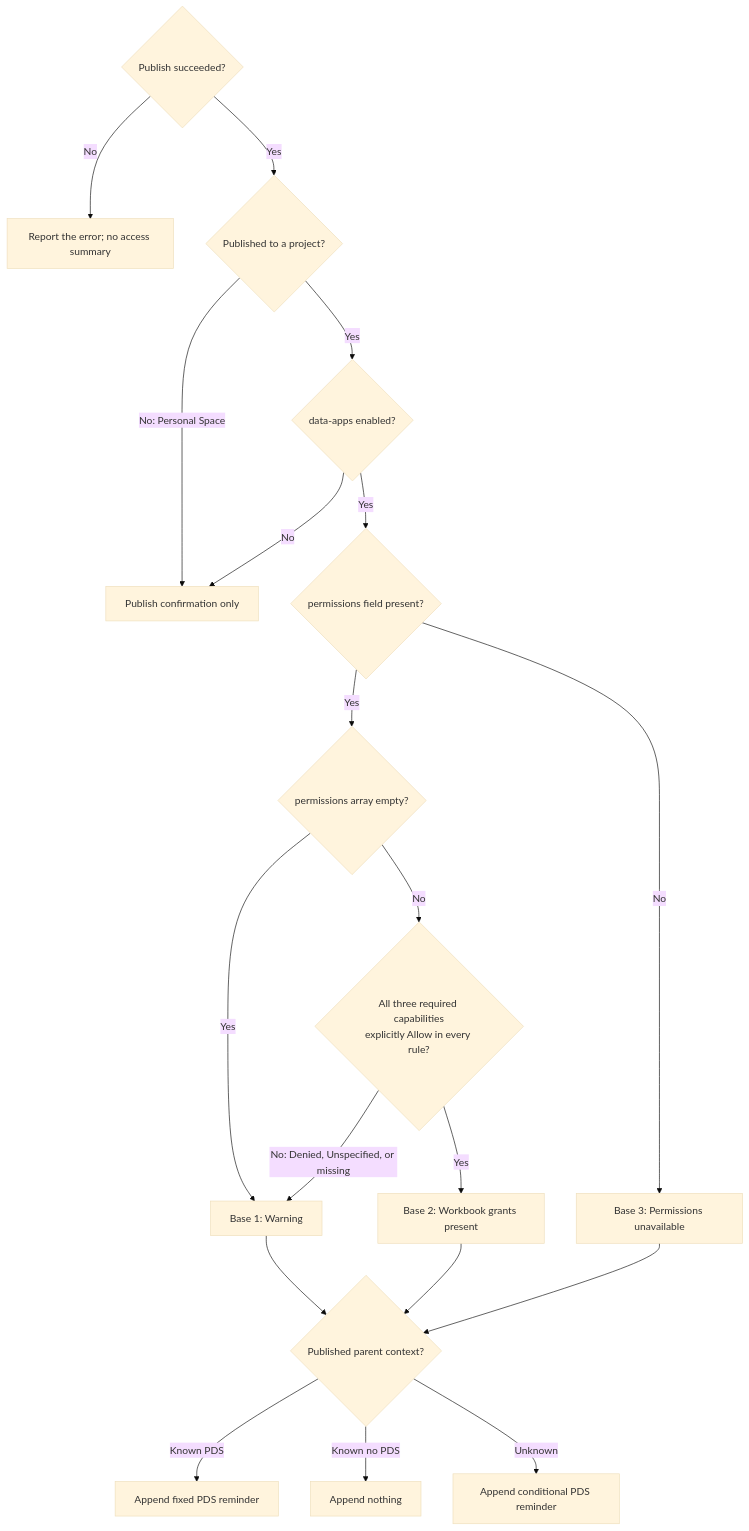
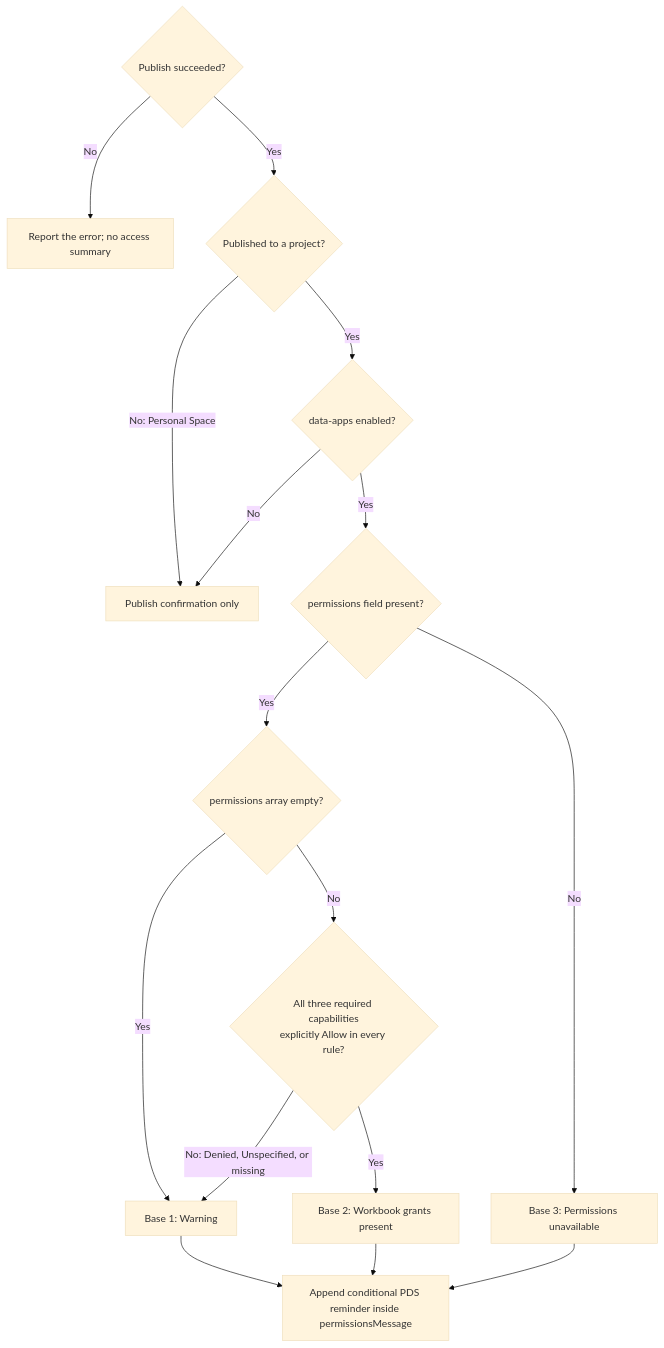
One commit to tableau/tableau-mcp changed the diagram in docs/docs/tools/workbooks/publish-workbook.md. Above: the diagram before and after it, drawn with Mermaid (base theme). The commit also changed other lines of this file and 3 other files, not shown here.

Commit message:
Always include PDS reminder in publish permission message

````diff
--- a/docs/docs/tools/workbooks/publish-workbook.md
+++ b/docs/docs/tools/workbooks/publish-workbook.md
@@ -191,22 +191,19 @@
 ```mermaid
 flowchart TD
     A{"Publish succeeded?"}
     A -->|No| E["Report the error; no access summary"]
     A -->|Yes| B{"Published to a project?"}
     B -->|"No: Personal Space"| C["Publish confirmation only"]
     B -->|Yes| H{"data-apps enabled?"}
     H -->|No| C
     H -->|Yes| D{"permissions field present?"}
     D -->|No| R3["Base 3: Permissions unavailable"]
     D -->|Yes| F{"permissions array empty?"}
     F -->|Yes| R1["Base 1: Warning"]
     F -->|No| G{"All three required capabilities<br/>explicitly Allow in every rule?"}
     G -->|Yes| R2["Base 2: Workbook grants present"]
     G -->|"No: Denied, Unspecified, or missing"| R1
-    R1 --> P{"Published parent context?"}
+    R1 --> P["Append conditional PDS reminder inside permissionsMessage"]
     R2 --> P
     R3 --> P
-    P -->|"Known PDS"| K["Append fixed PDS reminder"]
-    P -->|"Known no PDS"| N["Append nothing"]
-    P -->|Unknown| U["Append conditional PDS reminder"]
 ```
````
